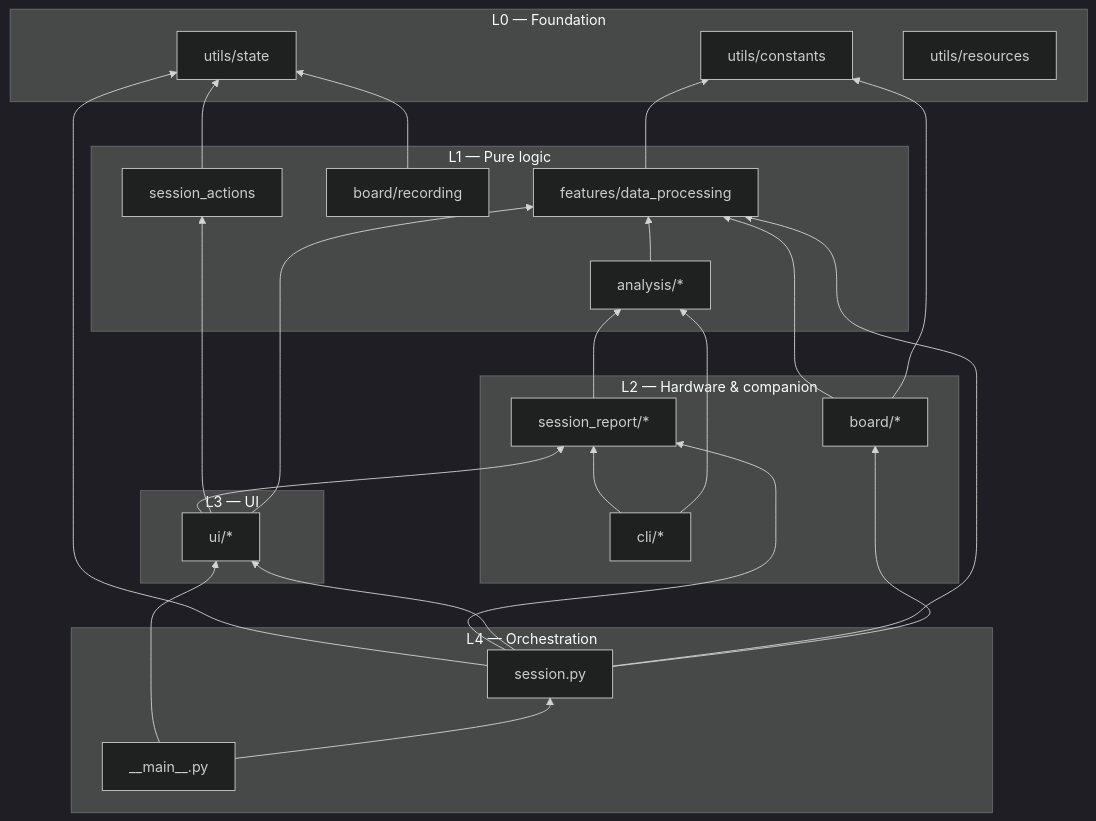
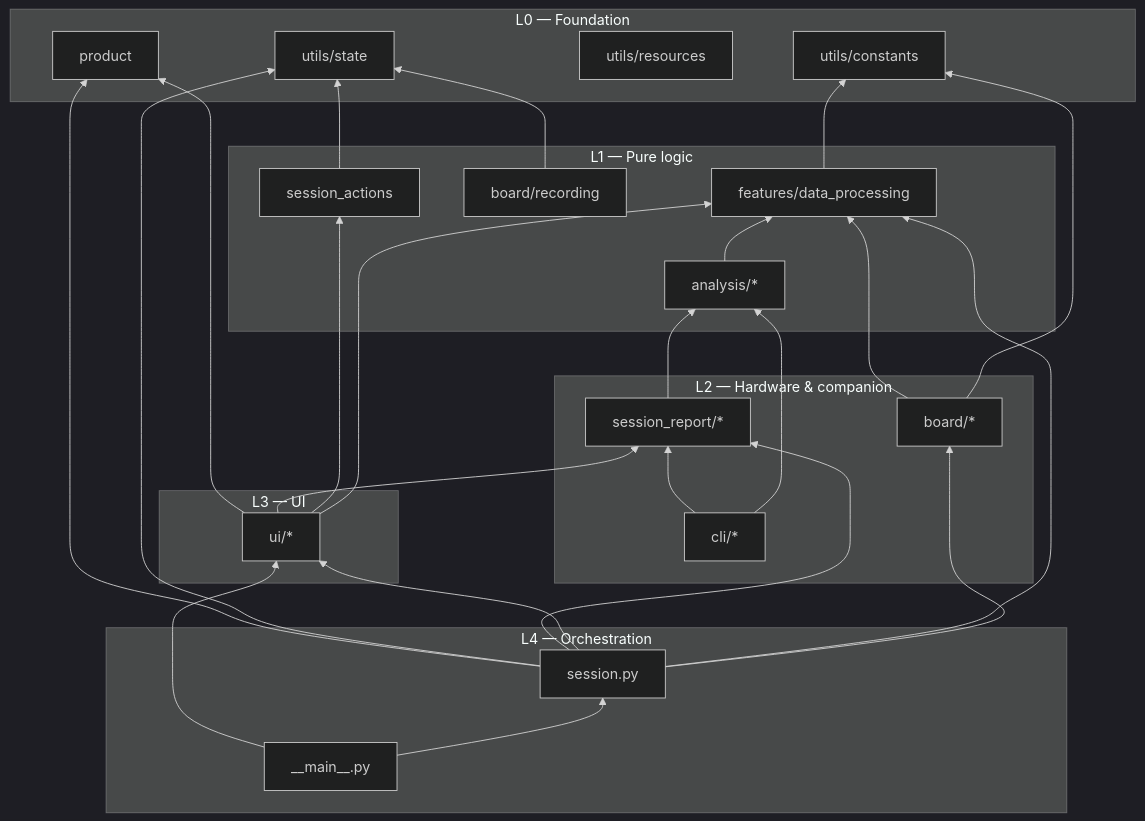
The first of 7 diagrams in docs/dev/architecture.md (NeuroRehack/WIIBBLE), drawn with Mermaid (dark theme) before and after one commit. The commit also changed other lines of this file and 16 other files, not shown here.

````diff
--- a/docs/dev/architecture.md
+++ b/docs/dev/architecture.md
@@ -93,50 +94,53 @@
 ```mermaid
 flowchart BT
     subgraph L0["L0 — Foundation"]
         constants["utils/constants"]
         state["utils/state"]
         resources["utils/resources"]
+        product["product"]
     end
 
     subgraph L1["L1 — Pure logic"]
         dp["features/data_processing"]
         recording["board/recording"]
         session_actions["session_actions"]
         analysis["analysis/*"]
     end
 
     subgraph L2["L2 — Hardware & companion"]
         board["board/*"]
         session_report["session_report/*"]
         cli["cli/*"]
     end
 
     subgraph L3["L3 — UI"]
         ui["ui/*"]
     end
 
     subgraph L4["L4 — Orchestration"]
         session["session.py"]
         main["__main__.py"]
     end
 
     dp --> constants
     recording --> state
     session_actions --> state
     analysis --> dp
     board --> constants
     board --> dp
     session_report --> analysis
     cli --> analysis
     cli --> session_report
     ui --> dp
     ui --> session_actions
     ui --> session_report
+    ui --> product
     session --> board
     session --> dp
     session --> ui
     session --> session_report
     session --> state
+    session --> product
     main --> session
     main --> ui
 ```
````
